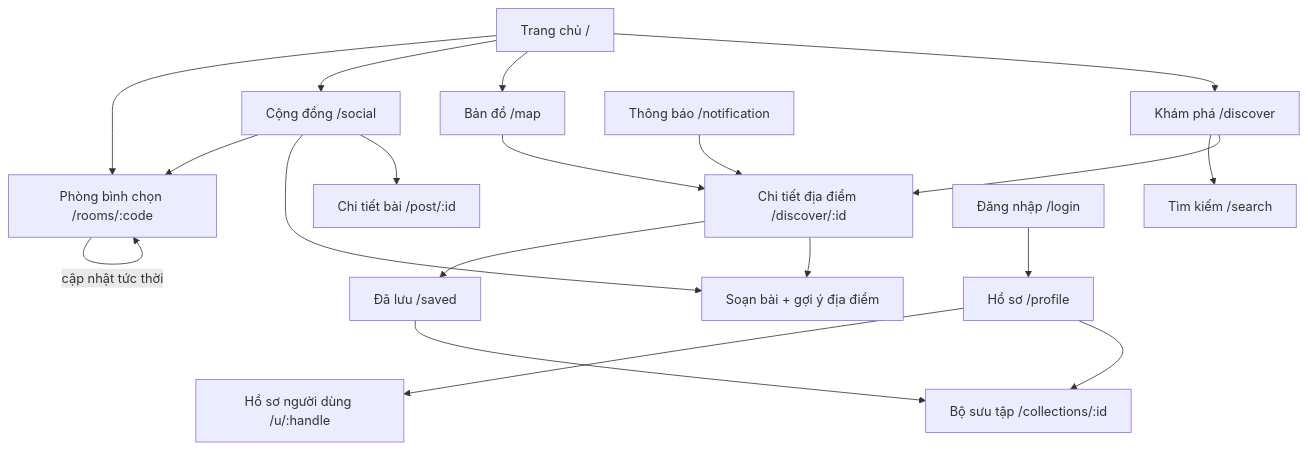
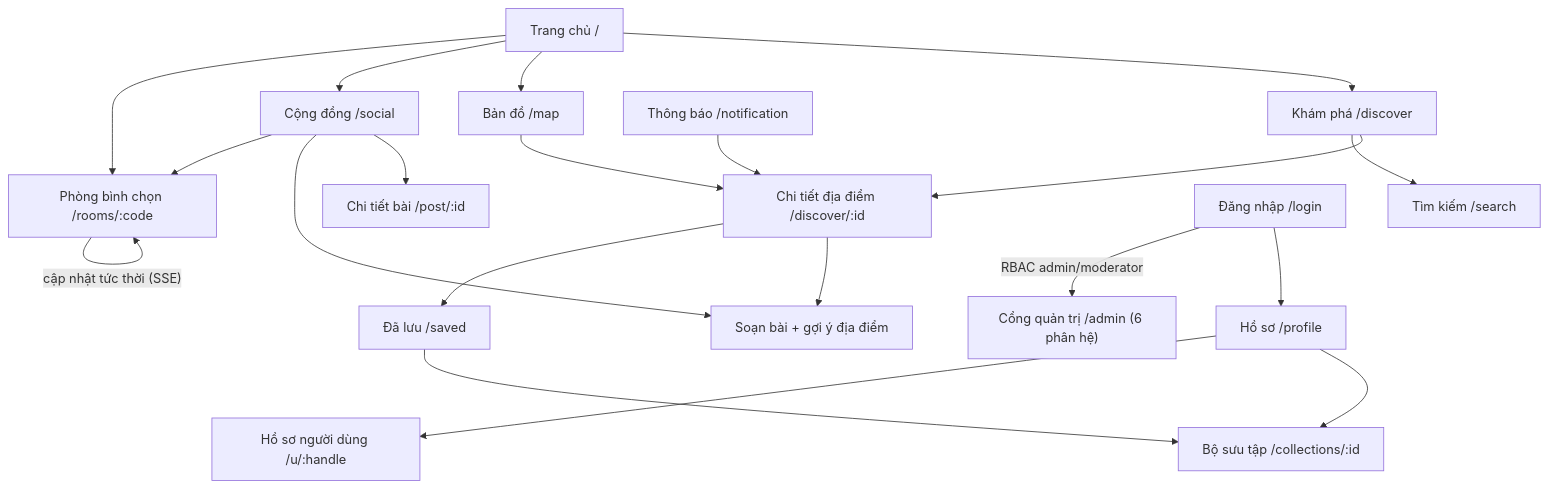
Before and after one commit to longqt321/Rendez-PBL6: diagram 15 of 21 in docs/bao-cao/BAO-CAO-DO-AN.md, drawn with Mermaid. The commit also changed other lines of this file and 3 other files, not shown here.

````diff
--- a/docs/bao-cao/BAO-CAO-DO-AN.md
+++ b/docs/bao-cao/BAO-CAO-DO-AN.md
@@ -1235,21 +1339,22 @@
 ```mermaid
 flowchart TD
     Home["Trang chủ /"] --> Discover["Khám phá /discover"]
     Home --> Map["Bản đồ /map"]
     Discover --> Detail["Chi tiết địa điểm /discover/:id"]
     Map --> Detail
     Discover --> Search["Tìm kiếm /search"]
     Home --> Social["Cộng đồng /social"]
     Social --> Post["Chi tiết bài /post/:id"]
     Social --> Compose["Soạn bài + gợi ý địa điểm"]
     Detail --> Compose
     Detail --> Saved["Đã lưu /saved"]
     Saved --> Collection["Bộ sưu tập /collections/:id"]
     Home --> Room["Phòng bình chọn /rooms/:code"]
     Social --> Room
-    Room -->|"cập nhật tức thời"| Room
+    Room -->|"cập nhật tức thời (SSE)"| Room
     Profile["Hồ sơ /profile"] --> Collection
     Profile --> UserProfile["Hồ sơ người dùng /u/:handle"]
     Notif["Thông báo /notification"] --> Detail
     Auth["Đăng nhập /login"] --> Profile
+    Auth -->|"RBAC admin/moderator"| Admin["Cổng quản trị /admin (6 phân hệ)"]
 ```
````
